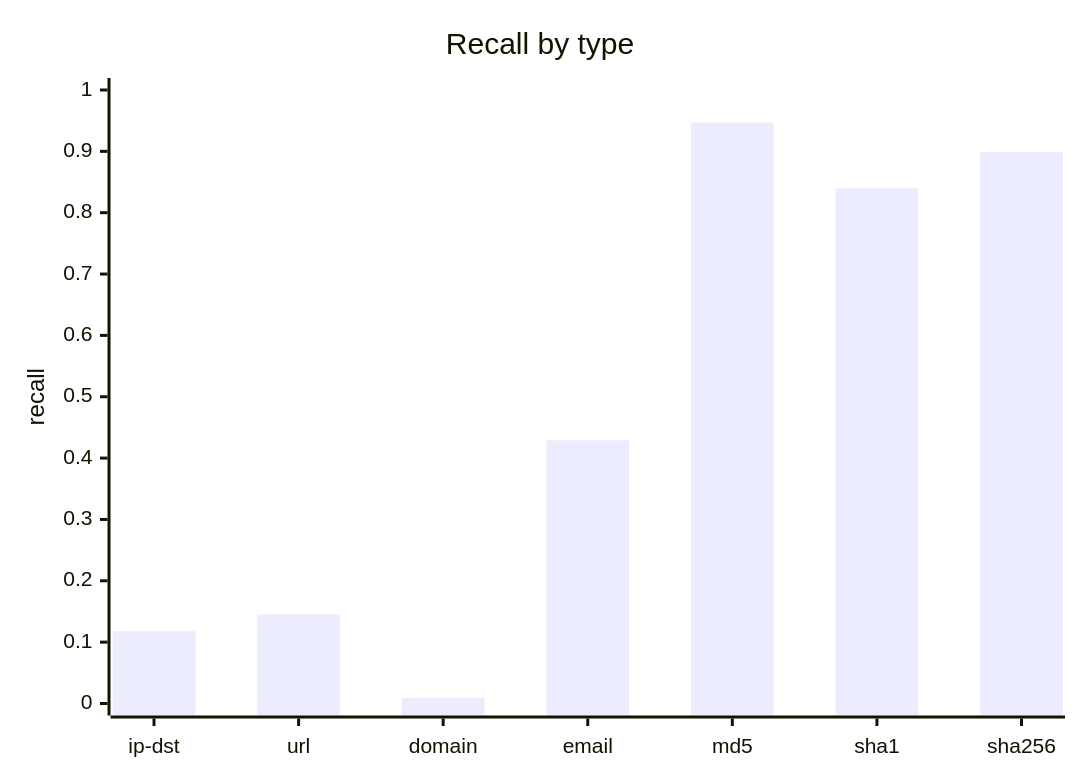
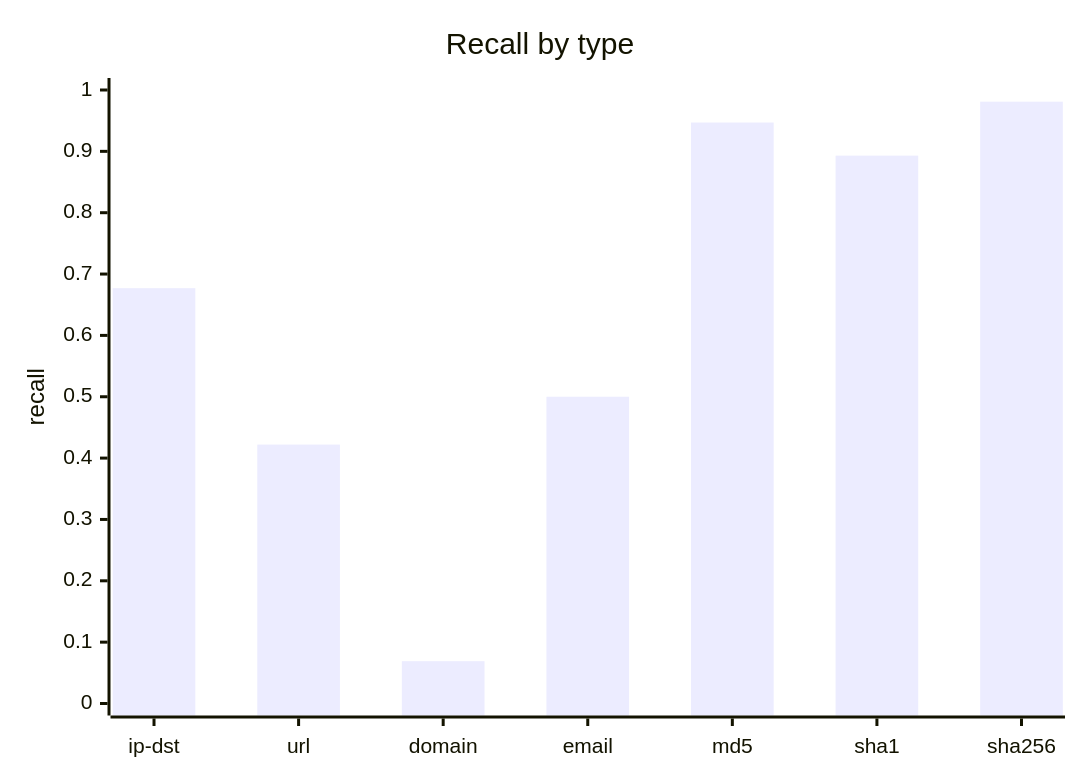
One commit to MISP/ai-connector changed the first of 5 diagrams in docs/BENCHMARKS_extraction.md. Above: the diagram before and after it, drawn with Mermaid. The commit also changed other lines of this file and 5 other files, not shown here.

````diff
--- a/docs/BENCHMARKS_extraction.md
+++ b/docs/BENCHMARKS_extraction.md
@@ -49,7 +49,7 @@
 ```mermaid
 xychart-beta
   title "Recall by type"
   x-axis ["ip-dst", "url", "domain", "email", "md5", "sha1", "sha256"]
   y-axis "recall" 0 --> 1.000
-  bar [0.118, 0.145, 0.009, 0.429, 0.947, 0.840, 0.899]
+  bar [0.677, 0.422, 0.069, 0.500, 0.947, 0.893, 0.981]
 ```
````
